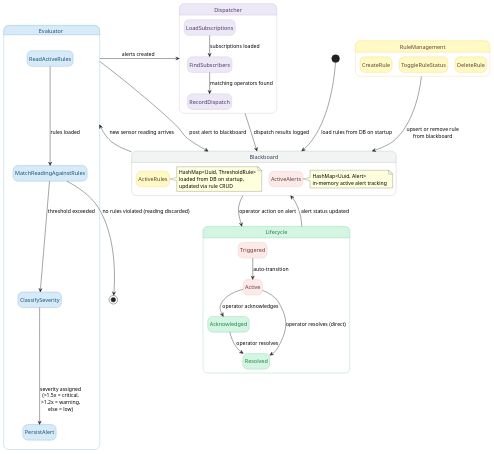
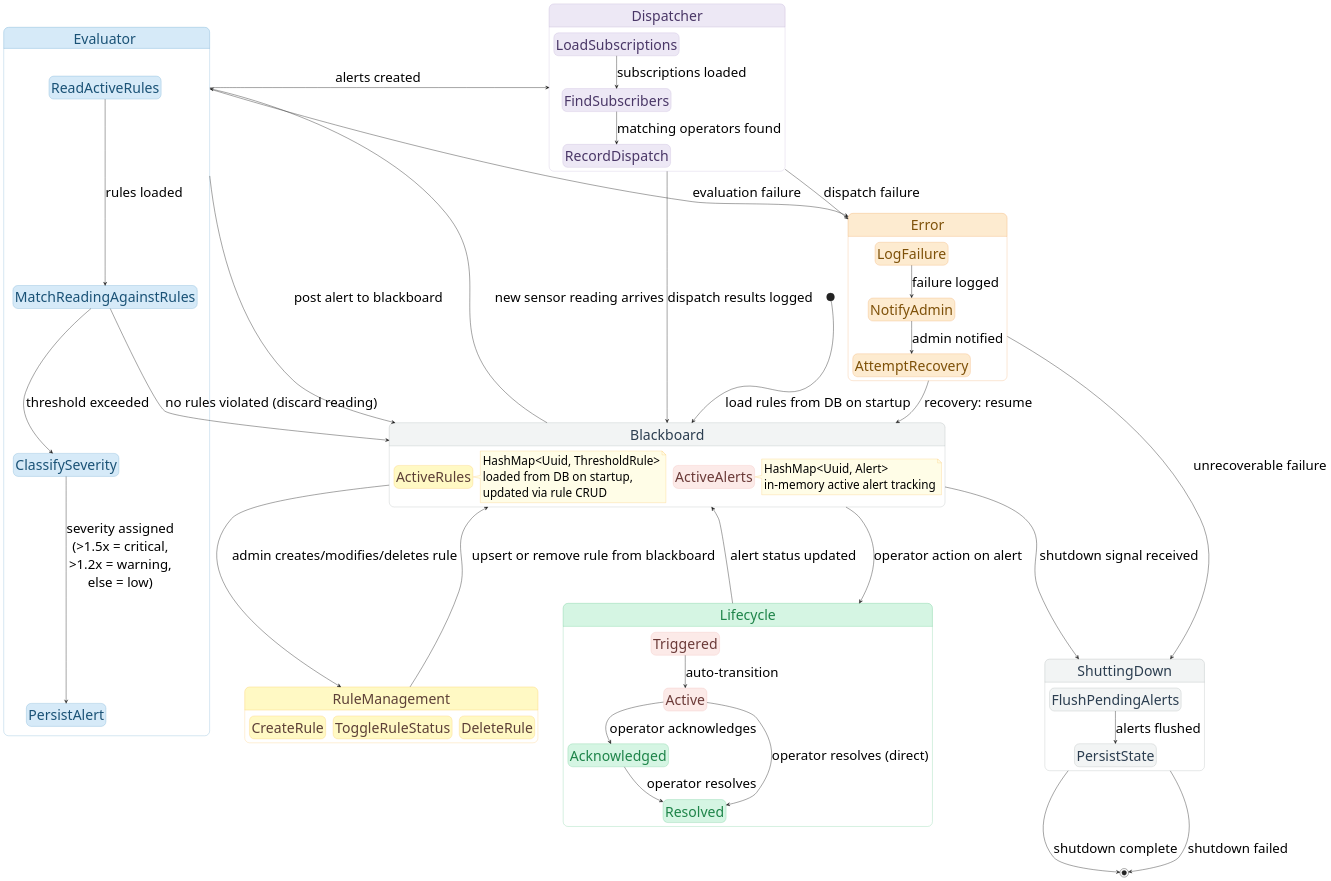
Before and after one commit to aarnphm/scemas-platform: the diagram in docs/diagrams/alerting_management_controller.puml, drawn with PlantUML.

Commit message:
fix: add error handling, graceful shutdown, and correct MatchReadingAgainstRules termination in alerting controller
- Add Error state with LogFailure, NotifyAdmin, AttemptRecovery sub-states
- Add ShuttingDown state with FlushPendingAlerts and PersistState sub-states
- Add EVAL and DISP error transitions to prevent unhandled failures
- Add BB --> SHUT for graceful shutdown signal handling
- Add BB --> RM entry point for admin rule management path
- Fix MAR --> BB (was MAR --> [*]) to discard readings without terminating controller
- Increase note font size to 30 for readability

```diff
--- a/docs/diagrams/alerting_management_controller.puml
+++ b/docs/diagrams/alerting_management_controller.puml
@@ -1,120 +1,166 @@
 @startuml alerting_management_controller
 hide empty description
+skinparam stateFontSize 36
+skinparam stateArrowFontSize 34
+
+skinparam note {
+  FontSize 30
+  BackgroundColor #FFFDE7
+  BorderColor #F9A825
+}
 
 skinparam state {
   BackgroundColor<<idle>> #F2F4F4
   BorderColor<<idle>> #7F8C8D
   FontColor<<idle>> #2C3E50
 
   BackgroundColor<<evaluate>> #D6EAF8
   BorderColor<<evaluate>> #2980B9
   FontColor<<evaluate>> #1A5276
 
   BackgroundColor<<alert>> #FCEAE8
   BorderColor<<alert>> #ea9a97
   FontColor<<alert>> #6B3A38
 
   BackgroundColor<<dispatch>> #EDE8F5
   BorderColor<<dispatch>> #a692c3
   FontColor<<dispatch>> #4A3767
 
   BackgroundColor<<lifecycle>> #D5F5E3
   BorderColor<<lifecycle>> #27AE60
   FontColor<<lifecycle>> #1E8449
 
   BackgroundColor<<rule>> #FFF9C4
   BorderColor<<rule>> #F9A825
   FontColor<<rule>> #5D4037
+
+  BackgroundColor<<error>> #FDEBD0
+  BorderColor<<error>> #E67E22
+  FontColor<<error>> #7E5109
 
   StartColor black
   EndColor black
 }
 
 ' ──────────────────────────────────
 ' BLACKBOARD SHARED STATE
 ' ──────────────────────────────────
 
 state "Blackboard" as BB <<idle>> {
   state "ActiveRules" as AR <<rule>>
   state "ActiveAlerts" as AA <<alert>>
   note right of AR
     HashMap<Uuid, ThresholdRule>
     loaded from DB on startup,
     updated via rule CRUD
   end note
   note right of AA
     HashMap<Uuid, Alert>
     in-memory active alert tracking
   end note
 }
 
 ' ──────────────────────────────────
 ' KNOWLEDGE SOURCE 1: EVALUATOR
 ' ──────────────────────────────────
 
 state "Evaluator" as EVAL <<evaluate>> {
   state "ReadActiveRules" as RAR <<evaluate>>
   state "MatchReadingAgainstRules" as MAR <<evaluate>>
   state "ClassifySeverity" as CS <<evaluate>>
   state "PersistAlert" as PA <<evaluate>>
   RAR --> MAR : rules loaded
   MAR --> CS : threshold exceeded
   CS --> PA : severity assigned\n(>1.5x = critical,\n>1.2x = warning,\nelse = low)
 }
 
 ' ──────────────────────────────────
 ' KNOWLEDGE SOURCE 2: DISPATCHER
 ' ──────────────────────────────────
 
 state "Dispatcher" as DISP <<dispatch>> {
   state "LoadSubscriptions" as LS <<dispatch>>
   state "FindSubscribers" as FS <<dispatch>>
   state "RecordDispatch" as RD <<dispatch>>
   LS --> FS : subscriptions loaded
   FS --> RD : matching operators found
 }
 
 ' ──────────────────────────────────
 ' KNOWLEDGE SOURCE 3: LIFECYCLE
 ' ──────────────────────────────────
 
 state "Lifecycle" as LC <<lifecycle>> {
   state "Triggered" as T <<alert>>
   state "Active" as ACT <<alert>>
   state "Acknowledged" as ACK <<lifecycle>>
   state "Resolved" as RES <<lifecycle>>
   T --> ACT : auto-transition
   ACT --> ACK : operator acknowledges
   ACT --> RES : operator resolves (direct)
   ACK --> RES : operator resolves
 }
 
 ' ──────────────────────────────────
-' TRANSITIONS
+' ERROR
 ' ──────────────────────────────────
 
-[*] --> BB : load rules from DB on startup
+state "Error" as ERR <<error>> {
+  state "LogFailure" as LF <<error>>
+  state "NotifyAdmin" as NA <<error>>
+  state "AttemptRecovery" as REC <<error>>
+  LF --> NA : failure logged
+  NA --> REC : admin notified
+}
 
-BB --> EVAL : new sensor reading arrives
-EVAL --> BB : post alert to blackboard
-EVAL --> DISP : alerts created
-DISP --> BB : dispatch results logged
+' ──────────────────────────────────
+' SHUTTING DOWN
+' ──────────────────────────────────
 
-BB --> LC : operator action on alert
-LC --> BB : alert status updated
-
-MAR --> [*] : no rules violated (reading discarded)
+state "ShuttingDown" as SHUT <<idle>> {
+  state "FlushPendingAlerts" as FPA <<idle>>
+  state "PersistState" as PS <<idle>>
+  FPA --> PS : alerts flushed
+}
 
 ' ──────────────────────────────────
 ' RULE MANAGEMENT (admin path)
 ' ──────────────────────────────────
 
 state "RuleManagement" as RM <<rule>> {
   state "CreateRule" as CR <<rule>>
   state "ToggleRuleStatus" as TRS <<rule>>
   state "DeleteRule" as DR <<rule>>
 }
 
-RM --> BB : upsert or remove rule\nfrom blackboard
+' ──────────────────────────────────
+' TRANSITIONS
+' ──────────────────────────────────
+
+[*] --> BB : load rules from DB on startup
+
+BB --> EVAL : new sensor reading arrives
+BB --> RM   : admin creates/modifies/deletes rule
+BB --> LC   : operator action on alert
+BB --> SHUT : shutdown signal received
+
+EVAL --> BB   : post alert to blackboard
+EVAL --> DISP : alerts created
+EVAL --> ERR  : evaluation failure
+
+MAR --> BB : no rules violated (discard reading)
+
+DISP --> BB  : dispatch results logged
+DISP --> ERR : dispatch failure
+
+LC --> BB : alert status updated
+
+RM --> BB : upsert or remove rule from blackboard
+
+ERR --> BB   : recovery: resume
+ERR --> SHUT : unrecoverable failure
+
+SHUT --> [*] : shutdown complete
+SHUT --> [*] : shutdown failed
 
 @enduml
```
